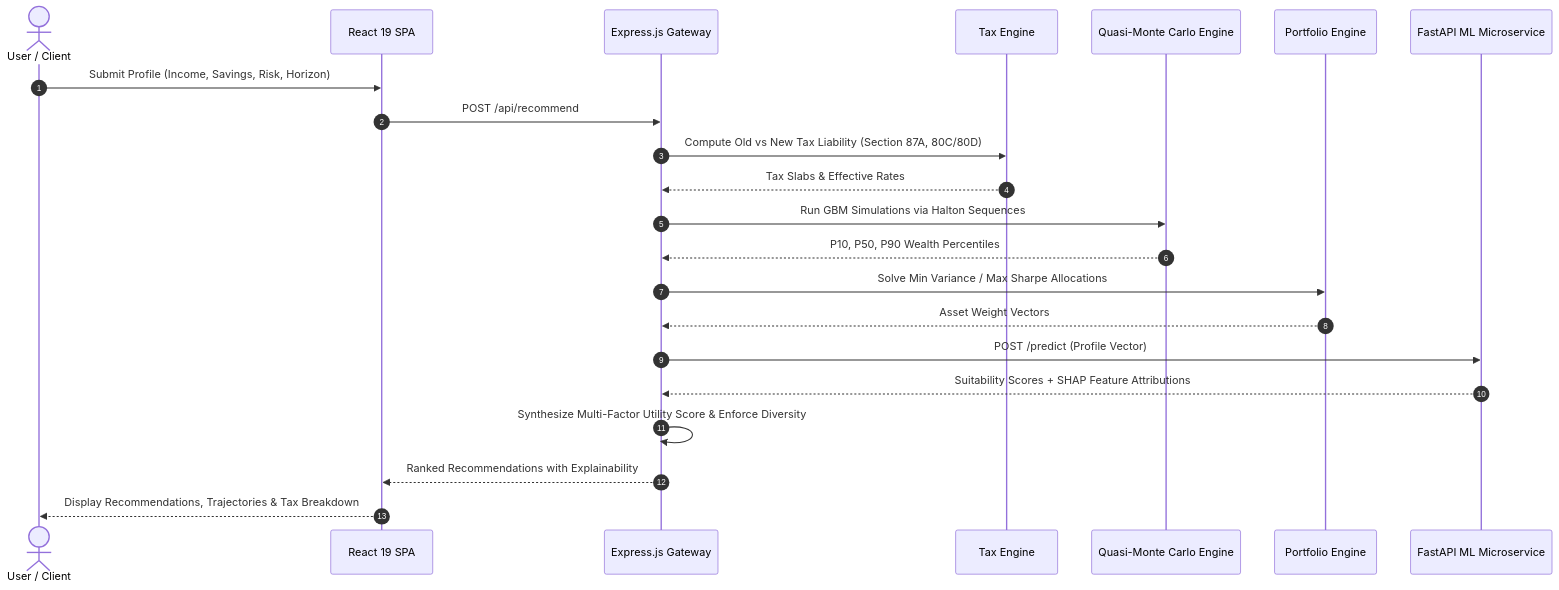
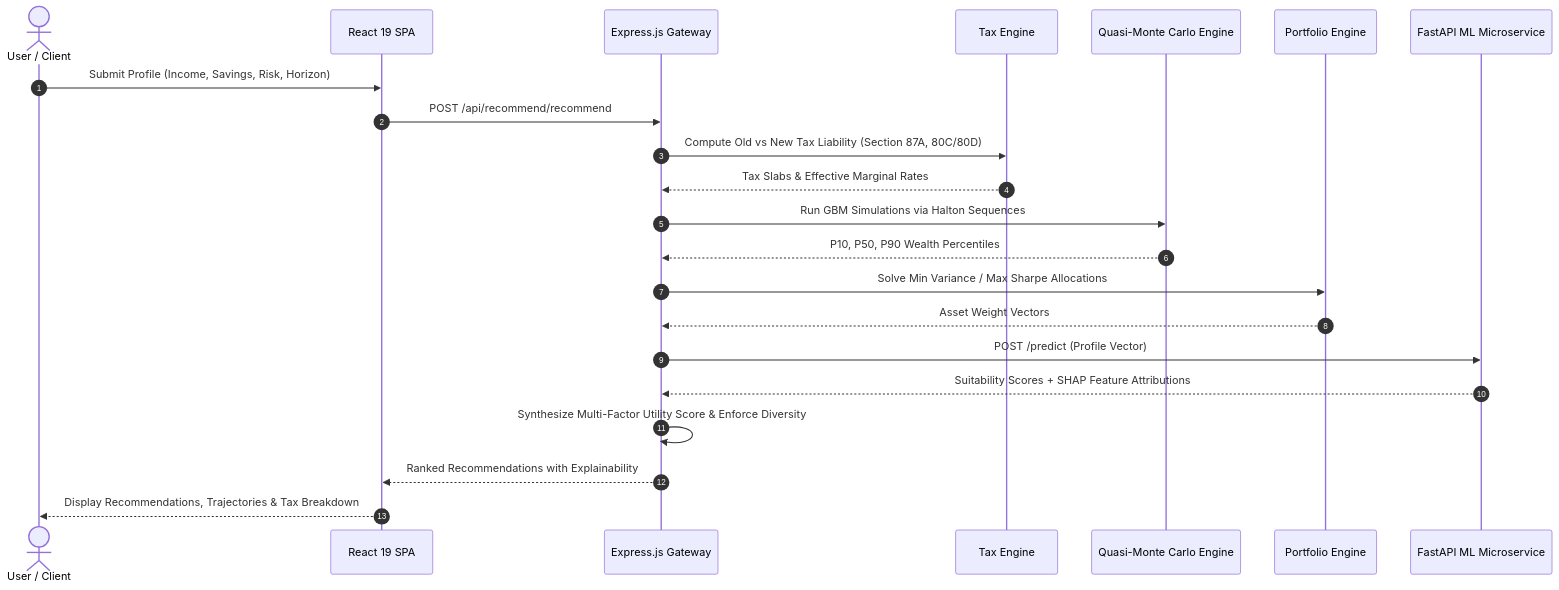
The second of 2 diagrams in README.md (yashaskn8/WealthGenie-AI-Powered-Financial-Advisory-Platform), drawn with Mermaid before and after one commit. The commit also changed other lines of this file, not shown here.

Commit message:
docs: refine README.md tax slab specs and route definitions to 100% align with codebase

````diff
--- a/README.md
+++ b/README.md
@@ -48,25 +48,25 @@
 ```mermaid
 sequenceDiagram
     autonumber
     actor Investor as User / Client
     participant Frontend as React 19 SPA
     participant Gateway as Express.js Gateway
     participant Tax as Tax Engine
     participant QMC as Quasi-Monte Carlo Engine
     participant MPT as Portfolio Engine
     participant ML as FastAPI ML Microservice
 
     Investor->>Frontend: Submit Profile (Income, Savings, Risk, Horizon)
-    Frontend->>Gateway: POST /api/recommend
+    Frontend->>Gateway: POST /api/recommend/recommend
     Gateway->>Tax: Compute Old vs New Tax Liability (Section 87A, 80C/80D)
-    Tax-->>Gateway: Tax Slabs & Effective Rates
+    Tax-->>Gateway: Tax Slabs & Effective Marginal Rates
     Gateway->>QMC: Run GBM Simulations via Halton Sequences
     QMC-->>Gateway: P10, P50, P90 Wealth Percentiles
     Gateway->>MPT: Solve Min Variance / Max Sharpe Allocations
     MPT-->>Gateway: Asset Weight Vectors
     Gateway->>ML: POST /predict (Profile Vector)
     ML-->>Gateway: Suitability Scores + SHAP Feature Attributions
     Gateway->>Gateway: Synthesize Multi-Factor Utility Score & Enforce Diversity
     Gateway-->>Frontend: Ranked Recommendations with Explainability
     Frontend-->>Investor: Display Recommendations, Trajectories & Tax Breakdown
 ```
````
